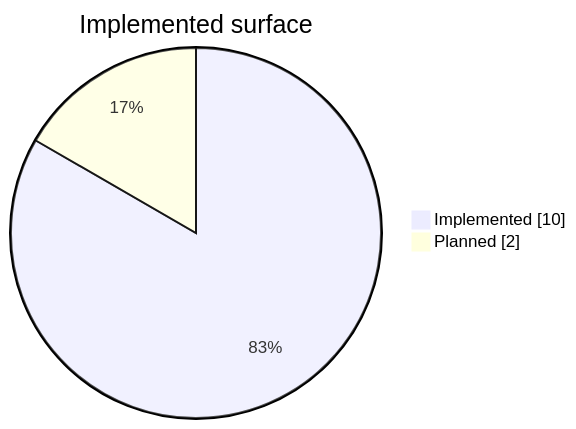
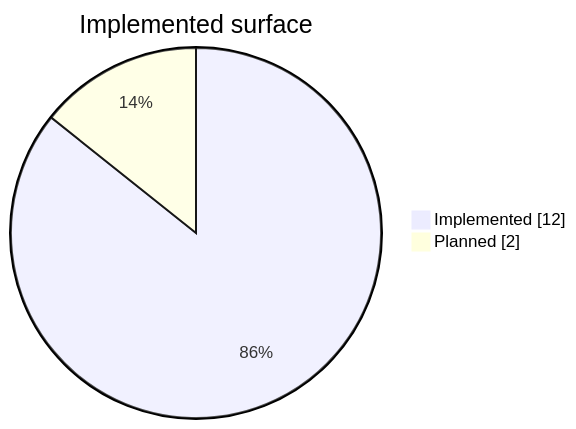
One commit to Armoghans-Organization/Omarchy-Tweaker changed the first of 3 diagrams in docs/index.md. Above: the diagram before and after it, drawn with Mermaid. The commit also changed other lines of this file and 20 other files, not shown here.

````diff
--- a/docs/index.md
+++ b/docs/index.md
@@ -101,6 +103,6 @@
 ```mermaid
 pie showData
     title Implemented surface
-    "Implemented" : 10
+    "Implemented" : 12
     "Planned" : 2
 ```
````
